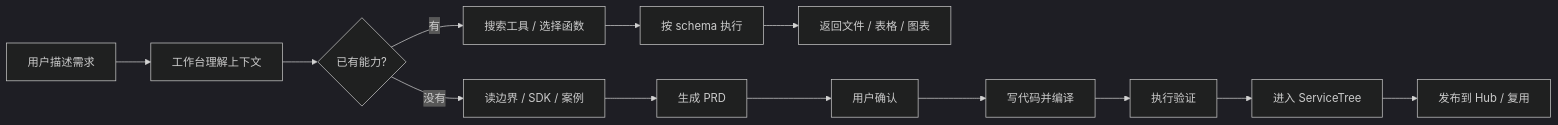
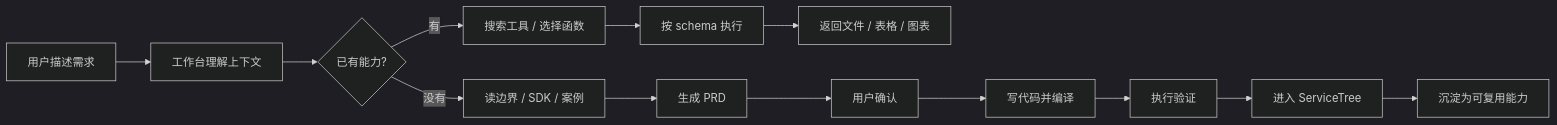
Before and after one commit to kageos/kageos: the second of 2 diagrams in Agent工作流流程图.md, drawn with Mermaid (dark theme). The commit also changed other lines of this file and 344 other files, not shown here.

````diff
--- a/Agent工作流流程图.md
+++ b/Agent工作流流程图.md
@@ -75,16 +69,16 @@
 ```mermaid
 flowchart LR
     A[用户描述需求] --> B[工作台理解上下文]
     B --> C{已有能力?}
     C -->|有| D[搜索工具 / 选择函数]
     D --> E[按 schema 执行]
     E --> F[返回文件 / 表格 / 图表]
 
     C -->|没有| G[读边界 / SDK / 案例]
     G --> H[生成 PRD]
     H --> I[用户确认]
     I --> J[写代码并编译]
     J --> K[执行验证]
     K --> L[进入 ServiceTree]
-    L --> M[发布到 Hub / 复用]
+    L --> M[沉淀为可复用能力]
 ```
````
